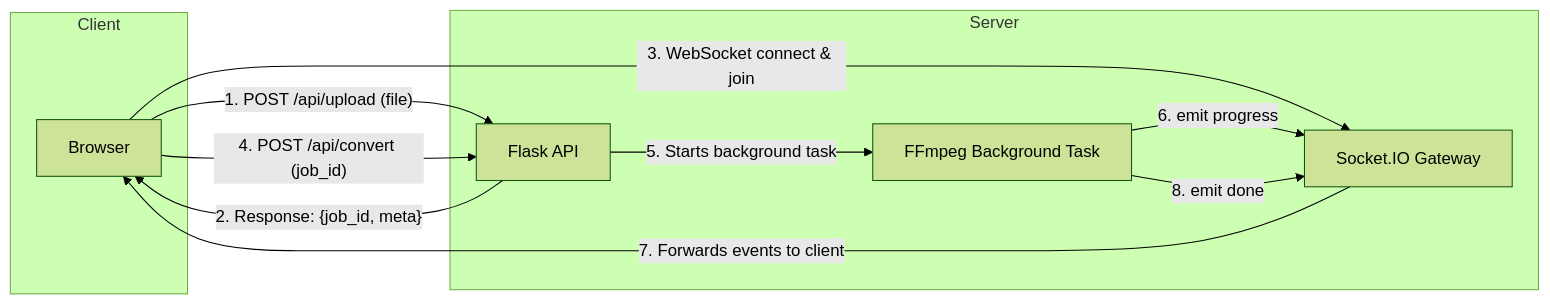
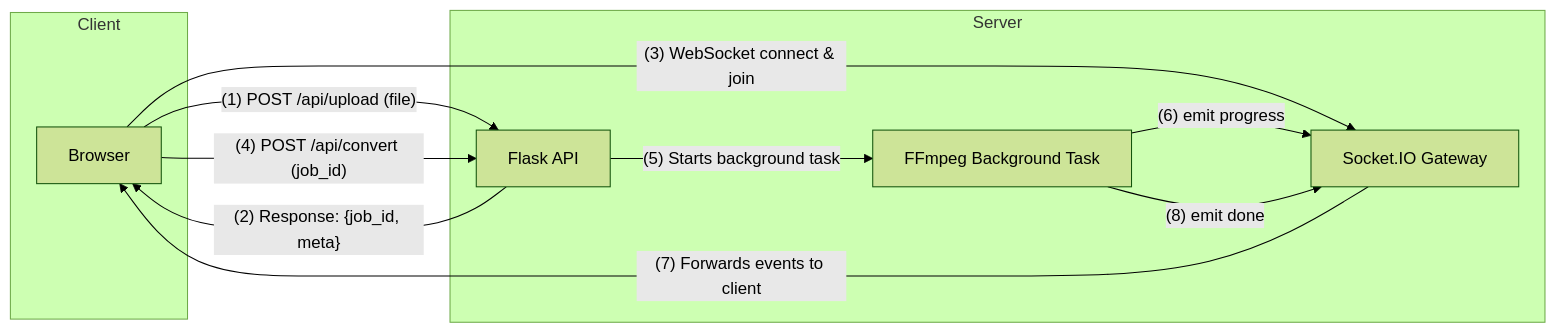
One commit to fovendor/roundify-video-bot changed the diagram in README.md. Above: the diagram before and after it, drawn with Mermaid (forest theme).

Commit message:
mermaid text fix

````diff
--- a/README.md
+++ b/README.md
@@ -20,21 +20,21 @@
 ```mermaid
 graph LR
     subgraph Client
         A[Browser]
     end
 
     subgraph Server
         B[Flask API]
         C[Socket.IO Gateway]
         D[FFmpeg Background Task]
     end
 
-    A -- "1. POST /api/upload (file)" --> B
-    B -- "2. Response: {job_id, meta}" --> A
-    A -- "3. WebSocket connect & join" --> C
-    A -- "4. POST /api/convert (job_id)" --> B
-    B -- "5. Starts background task" --> D
-    D -- "6. emit progress" --> C
-    C -- "7. Forwards events to client" --> A
-    D -- "8. emit done" --> C
+    A -- "`(1) POST /api/upload (file)`" --> B
+    B -- "`(2) Response: {job_id, meta}`" --> A
+    A -- "`(3) WebSocket connect & join`" --> C
+    A -- "`(4) POST /api/convert (job_id)`" --> B
+    B -- "`(5) Starts background task`" --> D
+    D -- "`(6) emit progress`" --> C
+    C -- "`(7) Forwards events to client`" --> A
+    D -- "`(8) emit done`" --> C
 ```
````
